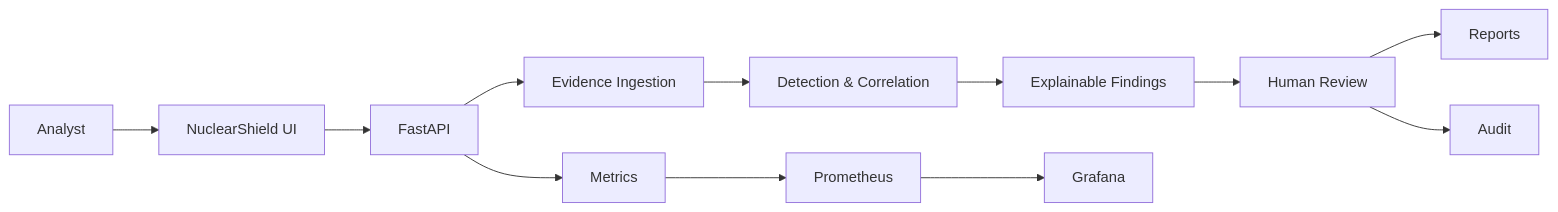
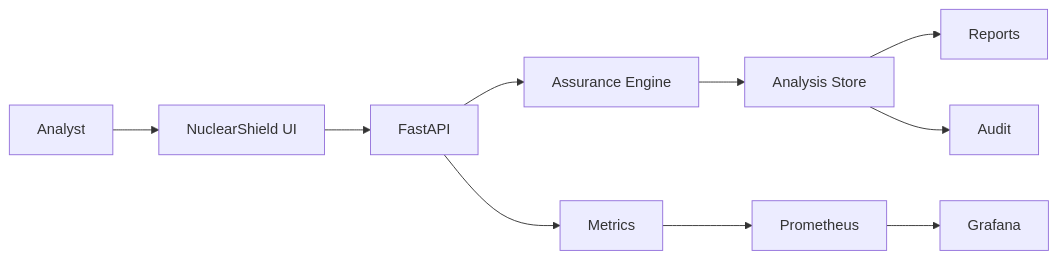
One commit to ruveeha33/NuclearShield changed the third of 6 diagrams in README.md. Above: the diagram before and after it, drawn with Mermaid. The commit also changed other lines of this file, not shown here.

````diff
--- a/README.md
+++ b/README.md
@@ -180,17 +202,14 @@
 ```mermaid
 flowchart LR
     U["Analyst"] --> UI["NuclearShield UI"]
     UI --> API["FastAPI"]
+    API --> CORE["Assurance Engine"]
+    CORE --> STORE["Analysis Store"]
 
-    API --> ING["Evidence Ingestion"]
-    ING --> DET["Detection & Correlation"]
-    DET --> EXP["Explainable Findings"]
-
-    EXP --> REV["Human Review"]
-    REV --> REP["Reports"]
-    REV --> AUD["Audit"]
+    STORE --> REP["Reports"]
+    STORE --> AUD["Audit"]
 
     API --> MET["Metrics"]
-    MET --> PRO["Prometheus"]
-    PRO --> GRA["Grafana"]
+    MET --> PROM["Prometheus"]
+    PROM --> GRAF["Grafana"]
 ```
````
